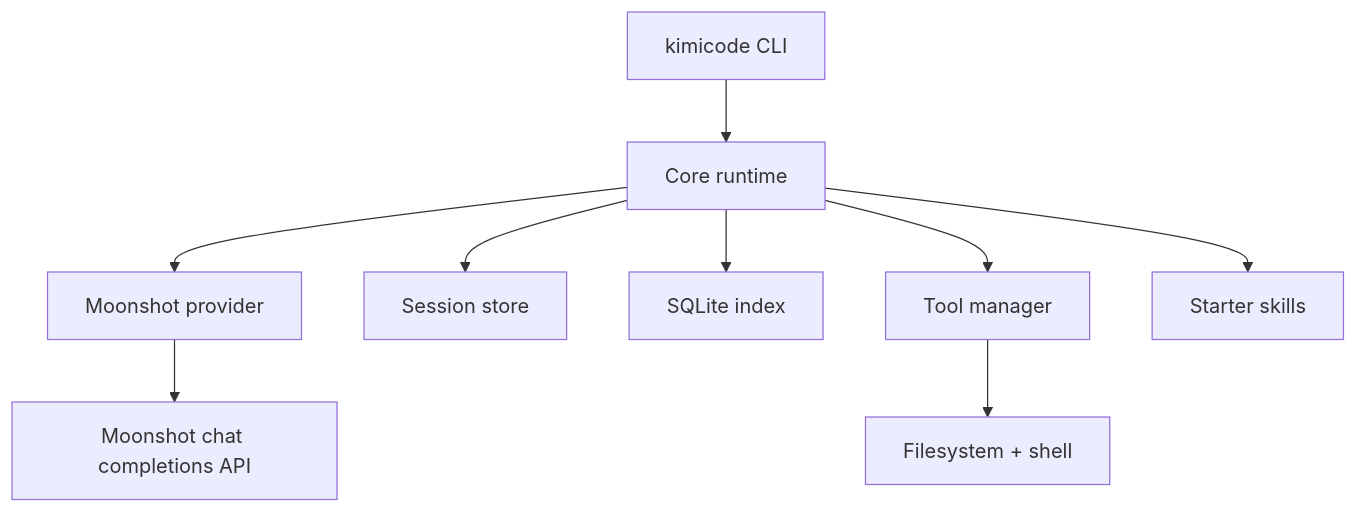
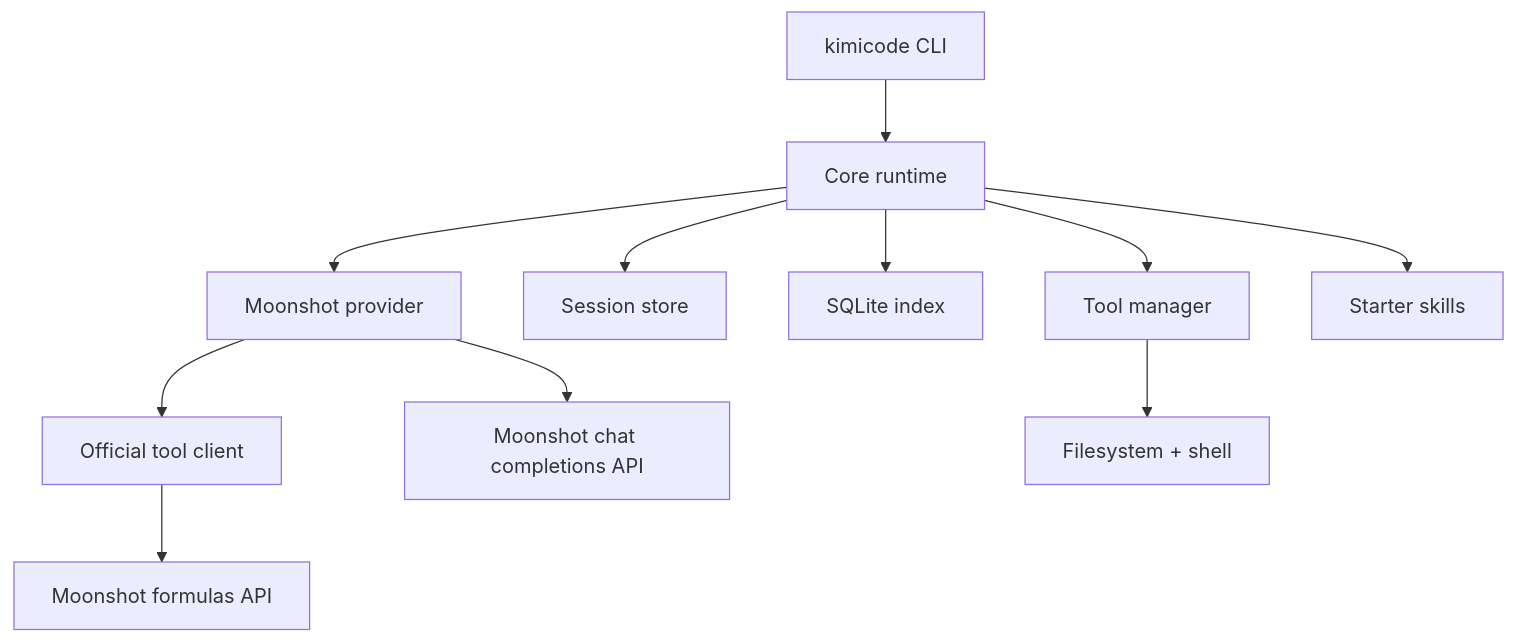
Before and after one commit to shrijacked/kimicode: the diagram in docs/architecture.md, drawn with Mermaid. The commit also changed other lines of this file and 11 other files, not shown here.

````diff
--- a/docs/architecture.md
+++ b/docs/architecture.md
@@ -7,11 +7,13 @@
 ```mermaid
 flowchart TD
   CLI["kimicode CLI"] --> CORE["Core runtime"]
   CORE --> PROVIDER["Moonshot provider"]
+  PROVIDER --> OFFICIAL["Official tool client"]
   CORE --> STORE["Session store"]
   CORE --> INDEX["SQLite index"]
   CORE --> TOOLS["Tool manager"]
   CORE --> SKILLS["Starter skills"]
   PROVIDER --> API["Moonshot chat completions API"]
+  OFFICIAL --> FORMULAS["Moonshot formulas API"]
   TOOLS --> FS["Filesystem + shell"]
 ```
````
